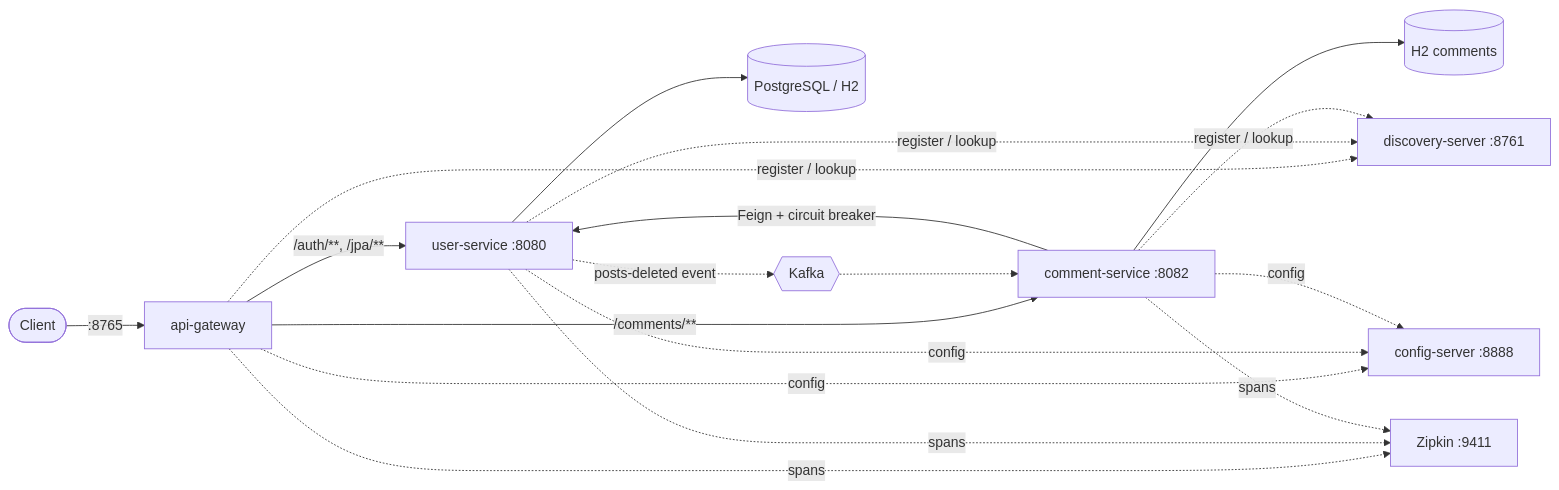
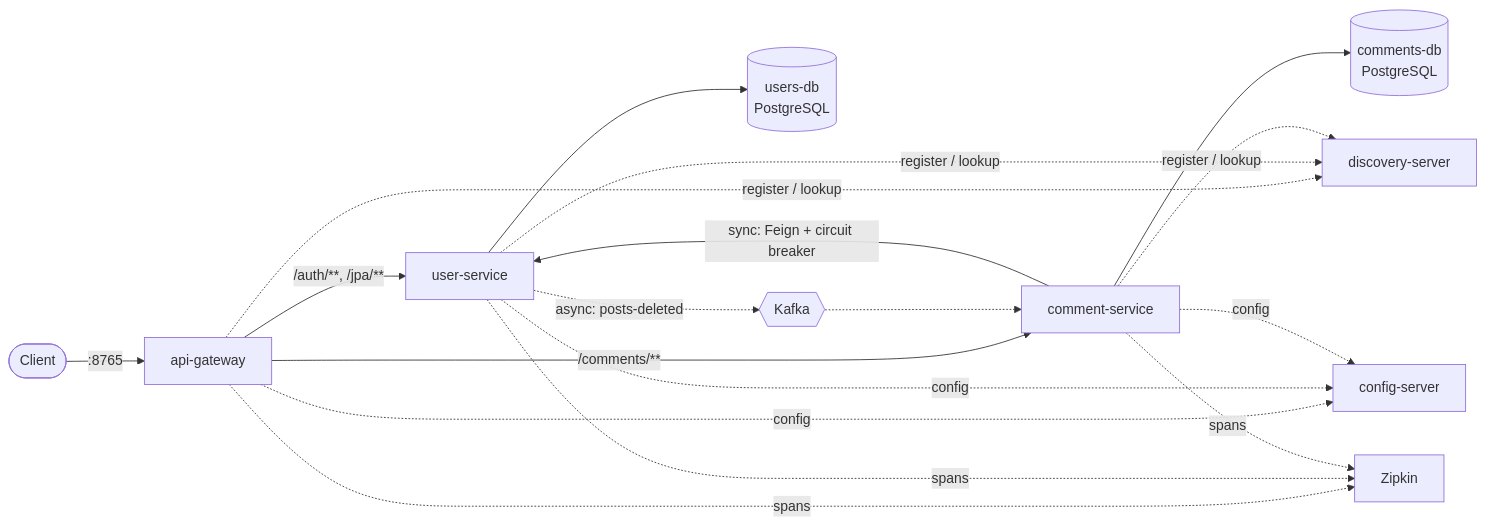
One commit to GauravPawar-Git/Spring-boot-microservice changed the diagram in README.md. Above: the diagram before and after it, drawn with Mermaid. The commit also changed other lines of this file and 2 other files, not shown here.

````diff
--- a/README.md
+++ b/README.md
@@ -11,14 +14,14 @@
 ```mermaid
 flowchart LR
     client([Client]) -->|":8765"| gw[api-gateway]
-    gw -->|"/auth/**, /jpa/**"| us[user-service :8080]
-    gw -->|"/comments/**"| cs[comment-service :8082]
-    cs -->|"Feign + circuit breaker"| us
-    us --> udb[(PostgreSQL / H2)]
-    cs --> cdb[(H2 comments)]
-    us -.->|"posts-deleted event"| kafka{{Kafka}}
+    gw -->|"/auth/**, /jpa/**"| us[user-service]
+    gw -->|"/comments/**"| cs[comment-service]
+    cs -->|"sync: Feign + circuit breaker"| us
+    us --> udb[(users-db<br/>PostgreSQL)]
+    cs --> cdb[(comments-db<br/>PostgreSQL)]
+    us -.->|"async: posts-deleted"| kafka{{Kafka}}
     kafka -.-> cs
-    gw & us & cs -.->|register / lookup| eureka[discovery-server :8761]
-    gw & us & cs -.->|config| config[config-server :8888]
-    gw & us & cs -.->|spans| zipkin[Zipkin :9411]
+    gw & us & cs -.->|register / lookup| eureka[discovery-server]
+    gw & us & cs -.->|config| config[config-server]
+    gw & us & cs -.->|spans| zipkin[Zipkin]
 ```
````
